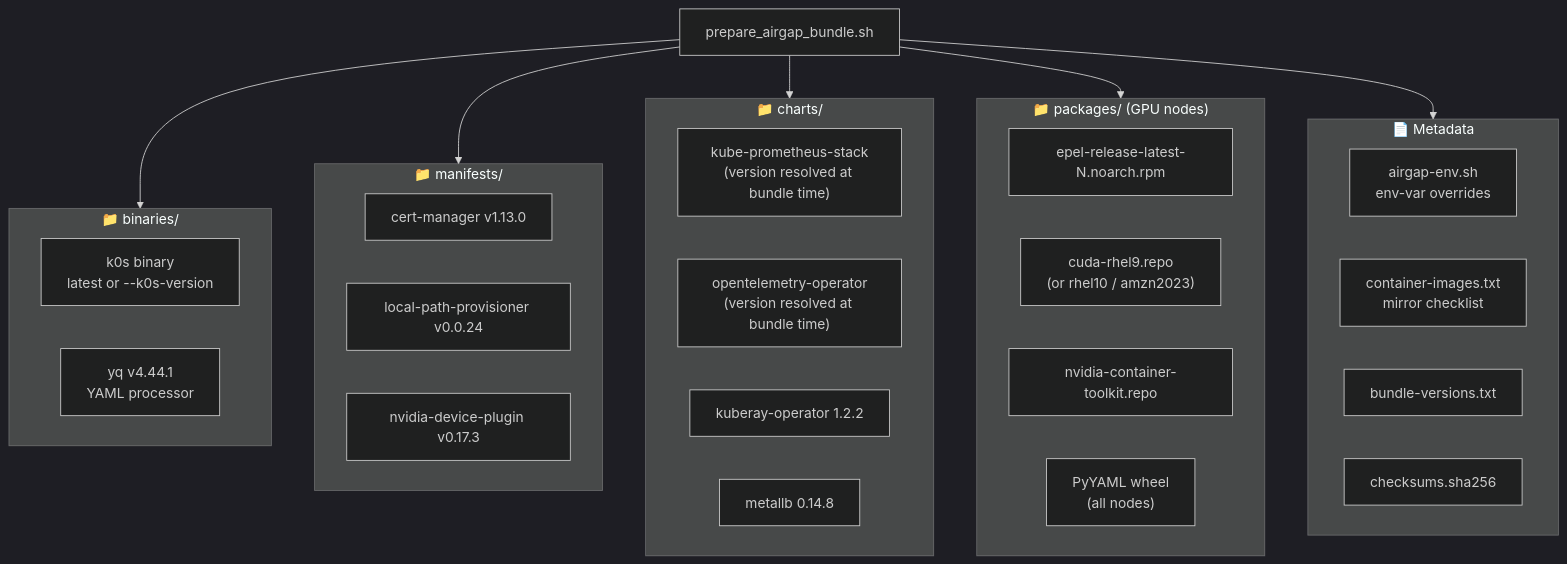
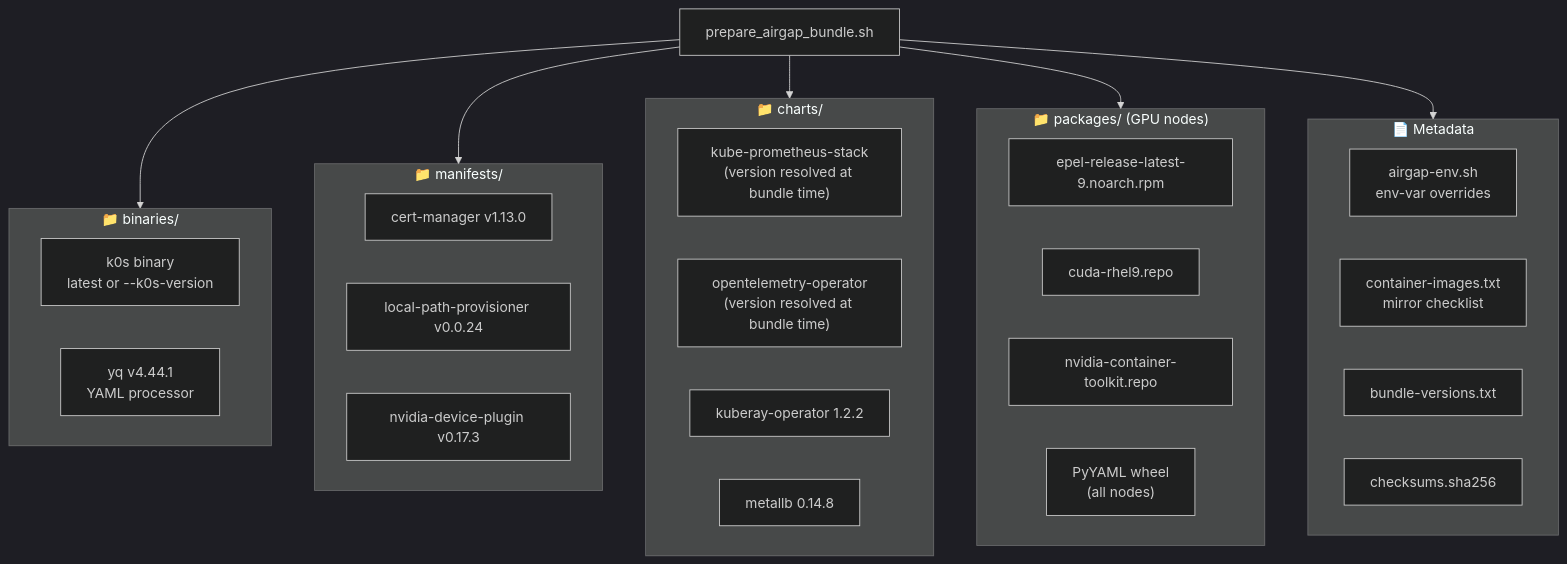
Before and after one commit to splunk/splunk-ai-operator: the sixth of 14 diagrams in tools/cluster_setup/DEPLOYMENT_GUIDE.md, drawn with Mermaid (dark theme). The commit also changed other lines of this file and 5 other files, not shown here.

````diff
--- a/tools/cluster_setup/DEPLOYMENT_GUIDE.md
+++ b/tools/cluster_setup/DEPLOYMENT_GUIDE.md
@@ -312,38 +306,38 @@
 ```mermaid
 graph TD
     SCRIPT["prepare_airgap_bundle.sh"]
 
     subgraph BIN["📁 binaries/"]
         K0S["k0s binary\nlatest or --k0s-version"]
         YQ["yq v4.44.1\nYAML processor"]
     end
 
     subgraph MAN["📁 manifests/"]
         CERT["cert-manager v1.13.0"]
         LP["local-path-provisioner v0.0.24"]
         NDP["nvidia-device-plugin v0.17.3"]
     end
 
     subgraph CHARTS["📁 charts/"]
         PROM["kube-prometheus-stack\n(version resolved at bundle time)"]
         OTEL["opentelemetry-operator\n(version resolved at bundle time)"]
         KUBERAY["kuberay-operator 1.2.2"]
         METALLB["metallb 0.14.8"]
     end
 
     subgraph PKGS["📁 packages/  (GPU nodes)"]
-        EPEL["epel-release-latest-N.noarch.rpm"]
-        CUDA["cuda-rhel9.repo\n(or rhel10 / amzn2023)"]
+        EPEL["epel-release-latest-9.noarch.rpm"]
+        CUDA["cuda-rhel9.repo"]
         CTK["nvidia-container-toolkit.repo"]
         PYYAML["PyYAML wheel\n(all nodes)"]
     end
 
     subgraph META["📄 Metadata"]
         ENV["airgap-env.sh\nenv-var overrides"]
         IMGS["container-images.txt\nmirror checklist"]
         VERS["bundle-versions.txt"]
         SUMS["checksums.sha256"]
     end
 
     SCRIPT --> BIN & MAN & CHARTS & PKGS & META
 ```
````
